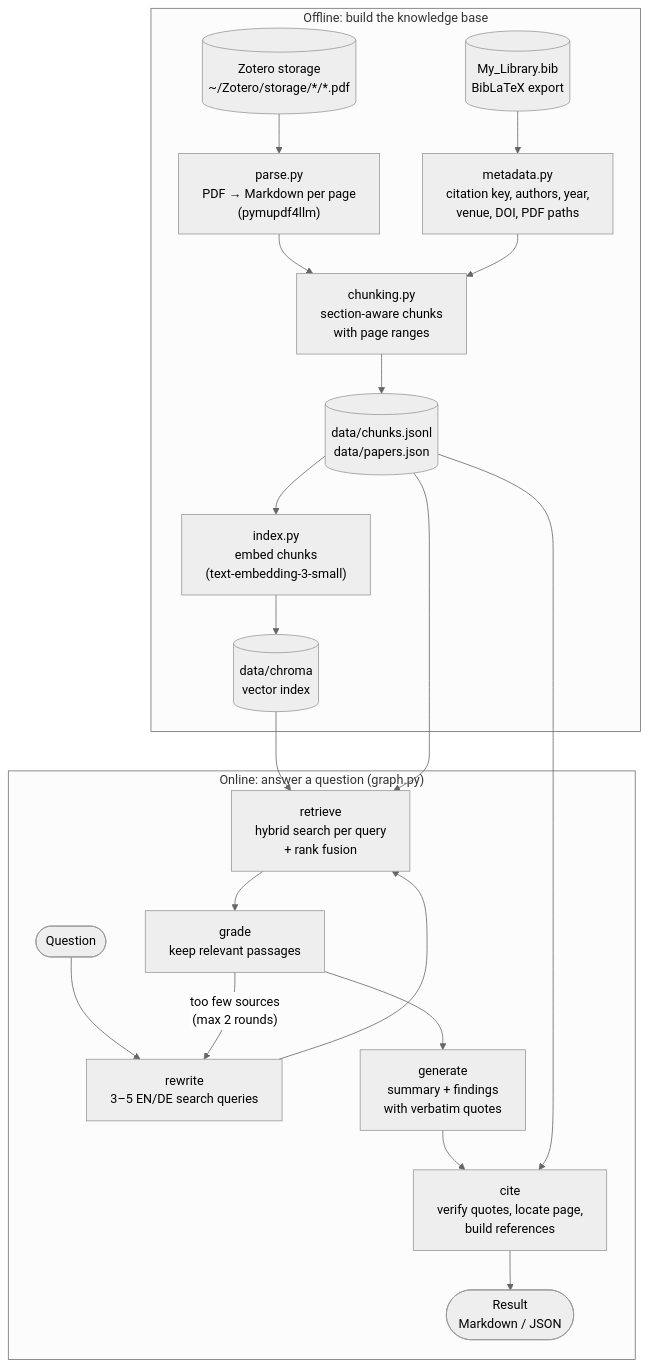
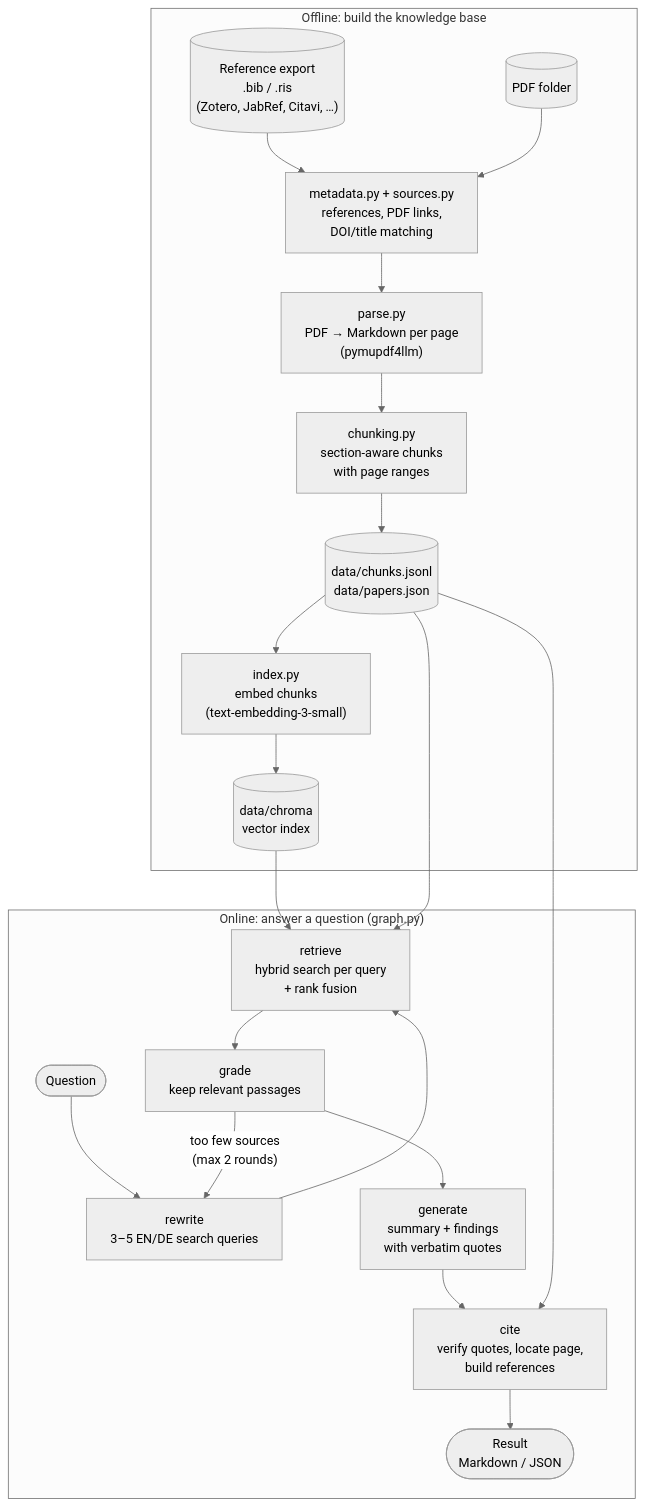
Before and after one commit to dbotache/ArticlesAgent: the first of 3 diagrams in README.md, drawn with Mermaid (neutral theme). The commit also changed other lines of this file and 12 other files, not shown here.

````diff
--- a/README.md
+++ b/README.md
@@ -37,28 +38,28 @@
 ```mermaid
 flowchart TD
     subgraph OFFLINE["Offline: build the knowledge base"]
-        Z[("Zotero storage<br/>~/Zotero/storage/*/*.pdf")]
-        B[("My_Library.bib<br/>BibLaTeX export")]
-        Z --> P["parse.py<br/>PDF → Markdown per page<br/>(pymupdf4llm)"]
-        B --> M["metadata.py<br/>citation key, authors, year,<br/>venue, DOI, PDF paths"]
+        B[("Reference export<br/>.bib / .ris<br/>(Zotero, JabRef, Citavi, …)")]
+        Z[("PDF folder")]
+        B --> M["metadata.py + sources.py<br/>references, PDF links,<br/>DOI/title matching"]
+        Z --> M
+        M --> P["parse.py<br/>PDF → Markdown per page<br/>(pymupdf4llm)"]
         P --> C["chunking.py<br/>section-aware chunks<br/>with page ranges"]
-        M --> C
         C --> J[("data/chunks.jsonl<br/>data/papers.json")]
         J --> I["index.py<br/>embed chunks<br/>(text-embedding-3-small)"]
         I --> V[("data/chroma<br/>vector index")]
     end
 
     subgraph ONLINE["Online: answer a question (graph.py)"]
         Q(["Question"]) --> RW["rewrite<br/>3–5 EN/DE search queries"]
         RW --> RT["retrieve<br/>hybrid search per query<br/>+ rank fusion"]
         RT --> GR["grade<br/>keep relevant passages"]
         GR -- "too few sources<br/>(max 2 rounds)" --> RW
         GR --> GE["generate<br/>summary + findings<br/>with verbatim quotes"]
         GE --> CI["cite<br/>verify quotes, locate page,<br/>build references"]
         CI --> R(["Result<br/>Markdown / JSON"])
     end
 
     V --> RT
     J --> RT
     J --> CI
 ```
````
